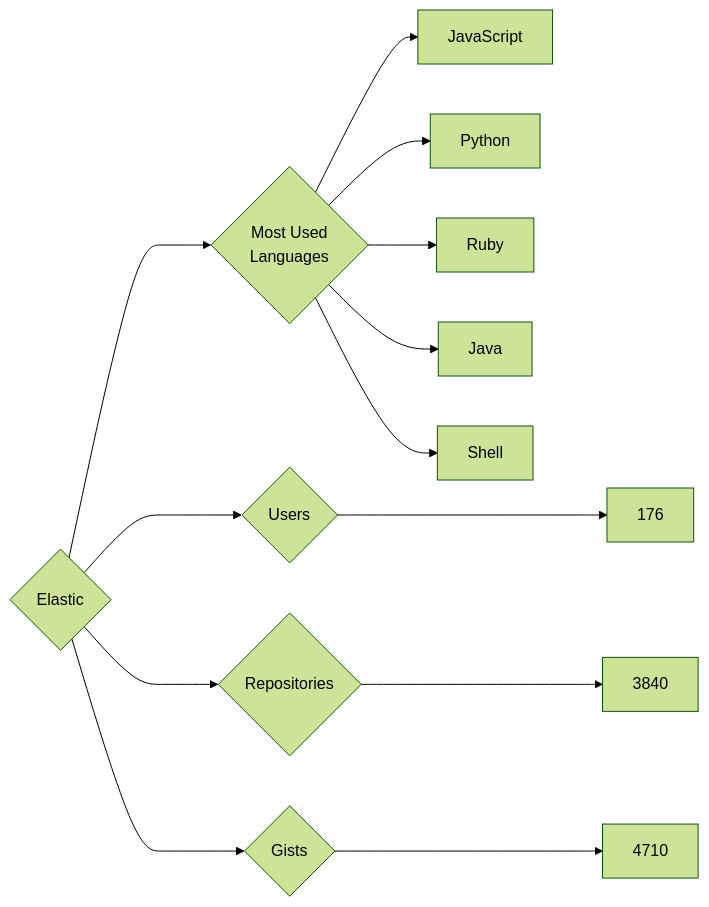
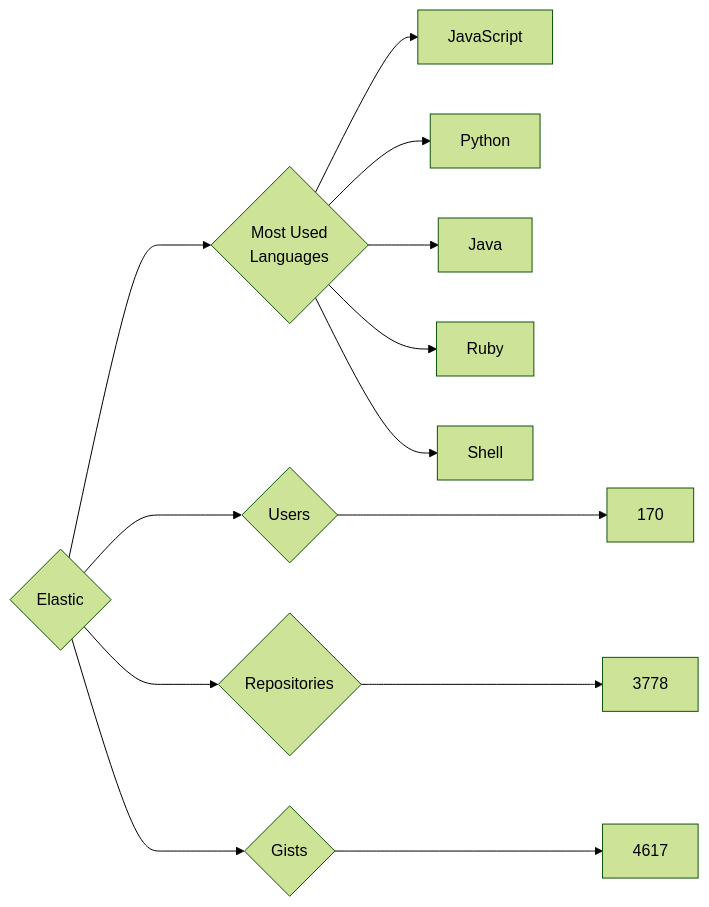
One commit to trickest/insiders changed the diagram in targets/Elastic/README.md. Above: the diagram before and after it, drawn with Mermaid (forest theme). The commit also changed 930 other files, not shown here.

````diff
--- a/targets/Elastic/README.md
+++ b/targets/Elastic/README.md
@@ -3,13 +3,13 @@
 ```mermaid
 graph LR
 COMPANY_NAME{Elastic}
-COMPANY_NAME ---> U{Users} ---> UN[176]
-COMPANY_NAME ---> R{Repositories} ---> RN[3840]
-COMPANY_NAME ---> G{Gists} ---> GN[4710]
+COMPANY_NAME ---> U{Users} ---> UN[170]
+COMPANY_NAME ---> R{Repositories} ---> RN[3778]
+COMPANY_NAME ---> G{Gists} ---> GN[4617]
 COMPANY_NAME ---> ML{Most Used<br>Languages}
 ML --> JavaScript[JavaScript]
 ML --> Python[Python]
+ML --> Java[Java]
 ML --> Ruby[Ruby]
-ML --> Java[Java]
 ML --> Shell[Shell]
 ```
````
